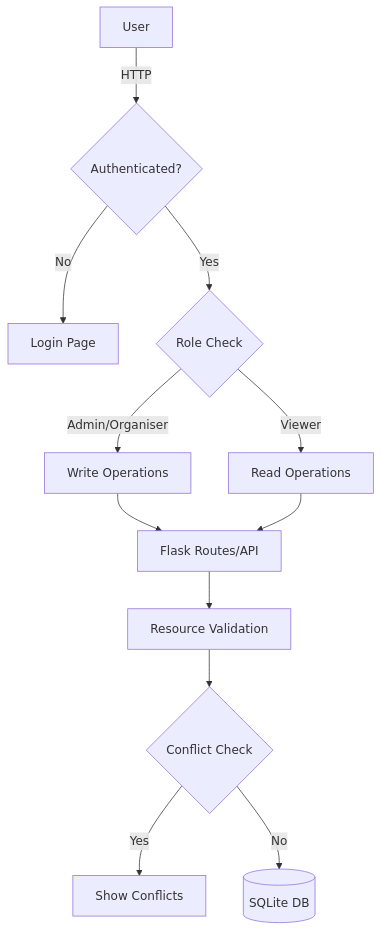
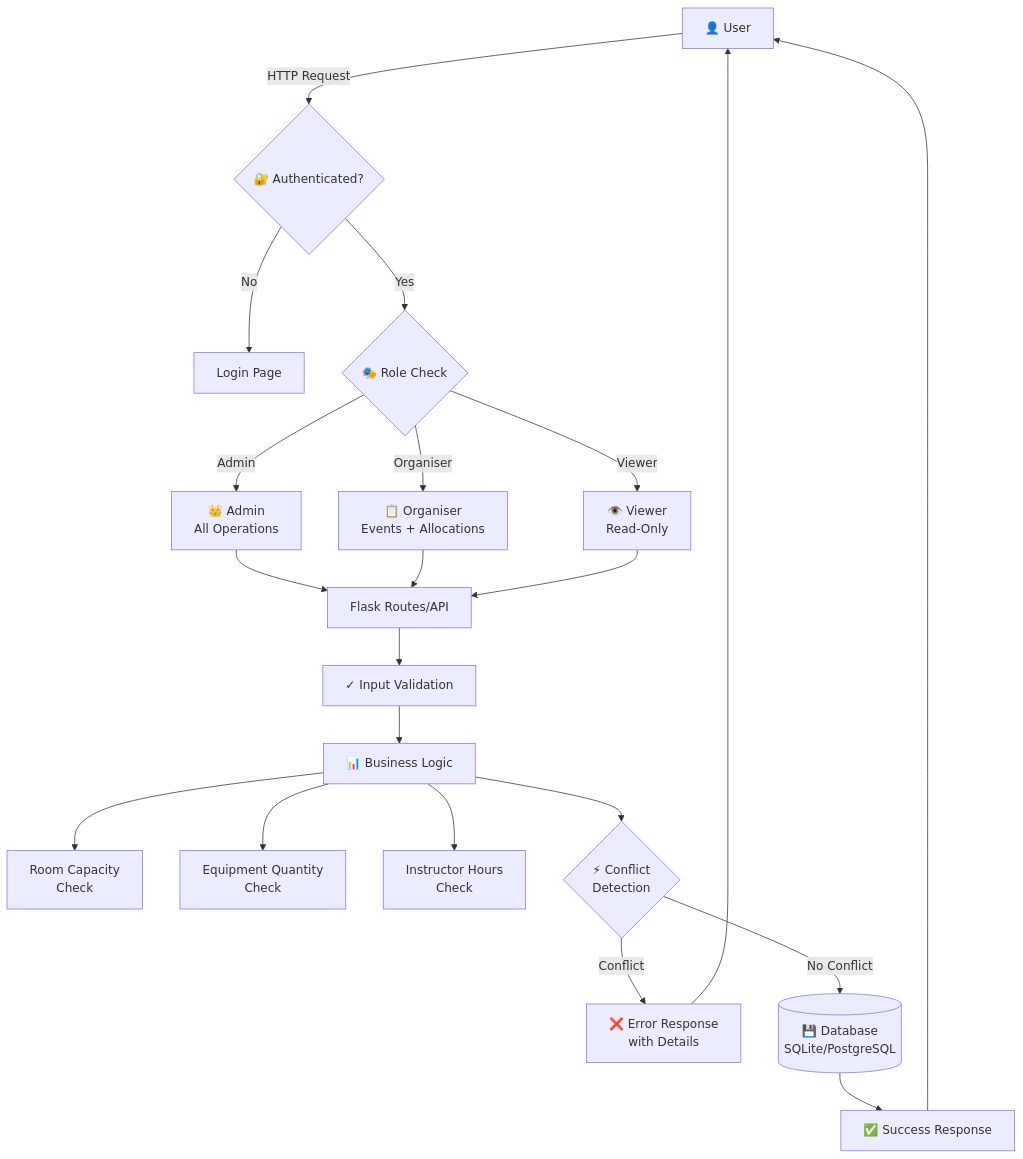
The diagram in README.md (Jaisrinivasan23/Event-manager-AerelaTech), drawn with Mermaid before and after one commit. The commit also changed other lines of this file and 26 other files, not shown here.

````diff
--- a/README.md
+++ b/README.md
@@ -94,14 +158,29 @@
 ```mermaid
 flowchart TB
-    U[User] -->|HTTP| Auth{Authenticated?}
+    User[👤 User] -->|HTTP Request| Auth{🔐 Authenticated?}
     Auth -->|No| Login[Login Page]
-    Auth -->|Yes| Role{Role Check}
-    Role -->|Admin/Organiser| Write[Write Operations]
-    Role -->|Viewer| Read[Read Operations]
-    Write --> API[Flask Routes/API]
-    Read --> API
-    API --> Validation[Resource Validation]
-    Validation --> Conflict{Conflict Check}
-    Conflict -->|Yes| Error[Show Conflicts]
-    Conflict -->|No| DB[(SQLite DB)]
+    Auth -->|Yes| Role{🎭 Role Check}
+    
+    Role -->|Admin| AdminOps[👑 Admin<br/>All Operations]
+    Role -->|Organiser| OrgOps[📋 Organiser<br/>Events + Allocations]
+    Role -->|Viewer| ViewOps[👁️ Viewer<br/>Read-Only]
+    
+    AdminOps --> Routes[Flask Routes/API]
+    OrgOps --> Routes
+    ViewOps --> Routes
+    
+    Routes --> Validation[✓ Input Validation]
+    Validation --> Business[📊 Business Logic]
+    
+    Business --> RoomCap[Room Capacity<br/>Check]
+    Business --> EquipQty[Equipment Quantity<br/>Check]
+    Business --> InstHours[Instructor Hours<br/>Check]
+    Business --> Conflict{⚡ Conflict<br/>Detection}
+    
+    Conflict -->|Conflict| Error[❌ Error Response<br/>with Details]
+    Conflict -->|No Conflict| DB[(💾 Database<br/>SQLite/PostgreSQL)]
+    
+    DB --> Response[✅ Success Response]
+    Error --> User
+    Response --> User
 ```
````
